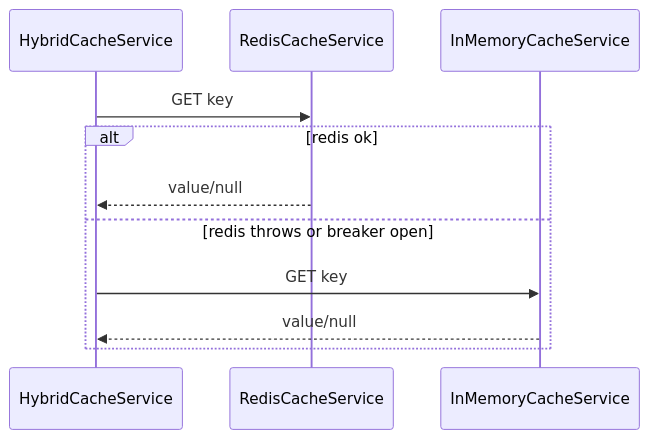
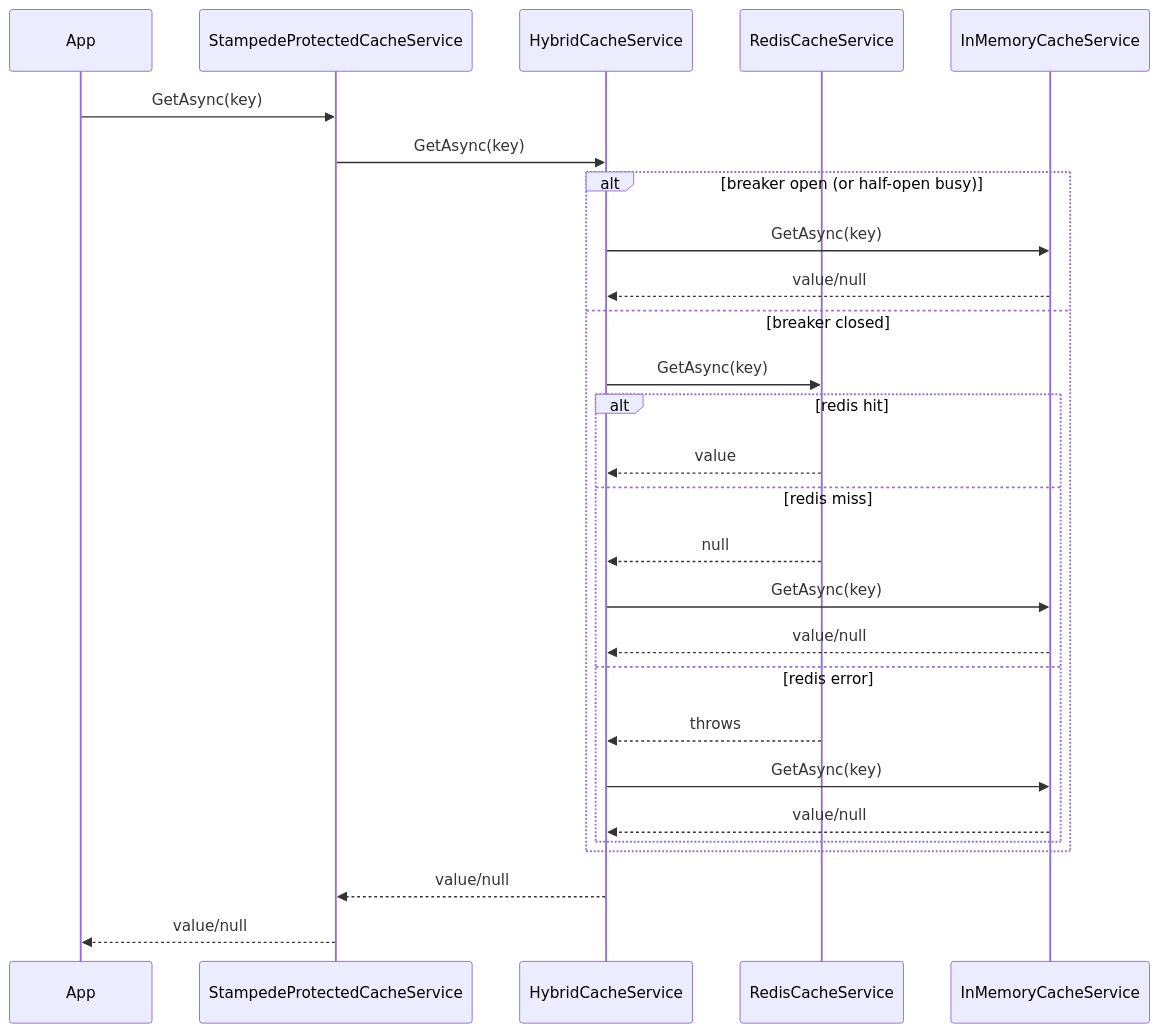
One commit to haxxornulled/VapeCache changed the second of 2 diagrams in README.md. Above: the diagram before and after it, drawn with Mermaid. The commit also changed other lines of this file, not shown here.

Commit message:
Fix README diagrams to match runtime flow

````diff
--- a/README.md
+++ b/README.md
@@ -64,13 +72,32 @@
 ```mermaid
 sequenceDiagram
-  participant A as HybridCacheService
+  participant App as App
+  participant S as StampedeProtectedCacheService
+  participant H as HybridCacheService
   participant R as RedisCacheService
   participant M as InMemoryCacheService
-  A->>R: GET key
-  alt redis ok
-    R-->>A: value/null
-  else redis throws or breaker open
-    A->>M: GET key
-    M-->>A: value/null
+
+  App->>S: GetAsync(key)
+  S->>H: GetAsync(key)
+
+  alt breaker open (or half-open busy)
+    H->>M: GetAsync(key)
+    M-->>H: value/null
+  else breaker closed
+    H->>R: GetAsync(key)
+    alt redis hit
+      R-->>H: value
+    else redis miss
+      R-->>H: null
+      H->>M: GetAsync(key)
+      M-->>H: value/null
+    else redis error
+      R-->>H: throws
+      H->>M: GetAsync(key)
+      M-->>H: value/null
+    end
   end
+
+  H-->>S: value/null
+  S-->>App: value/null
 ```
````
